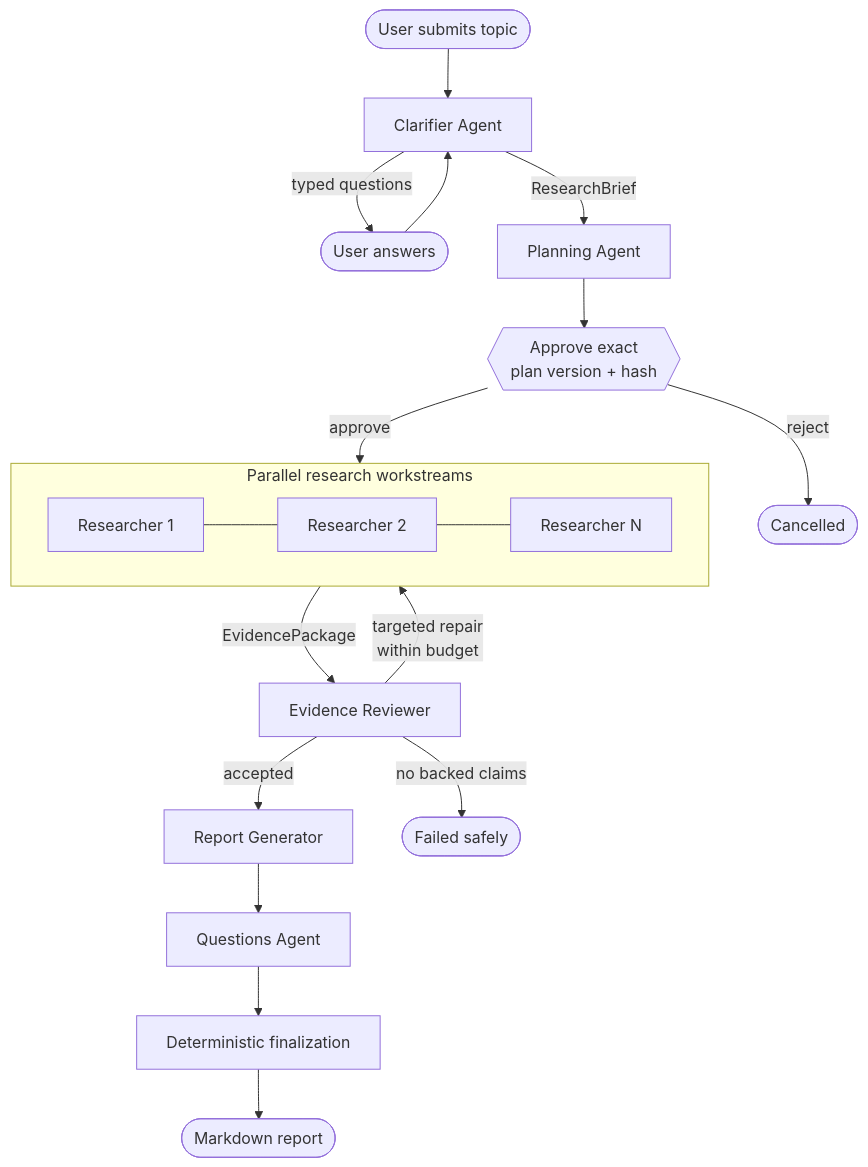
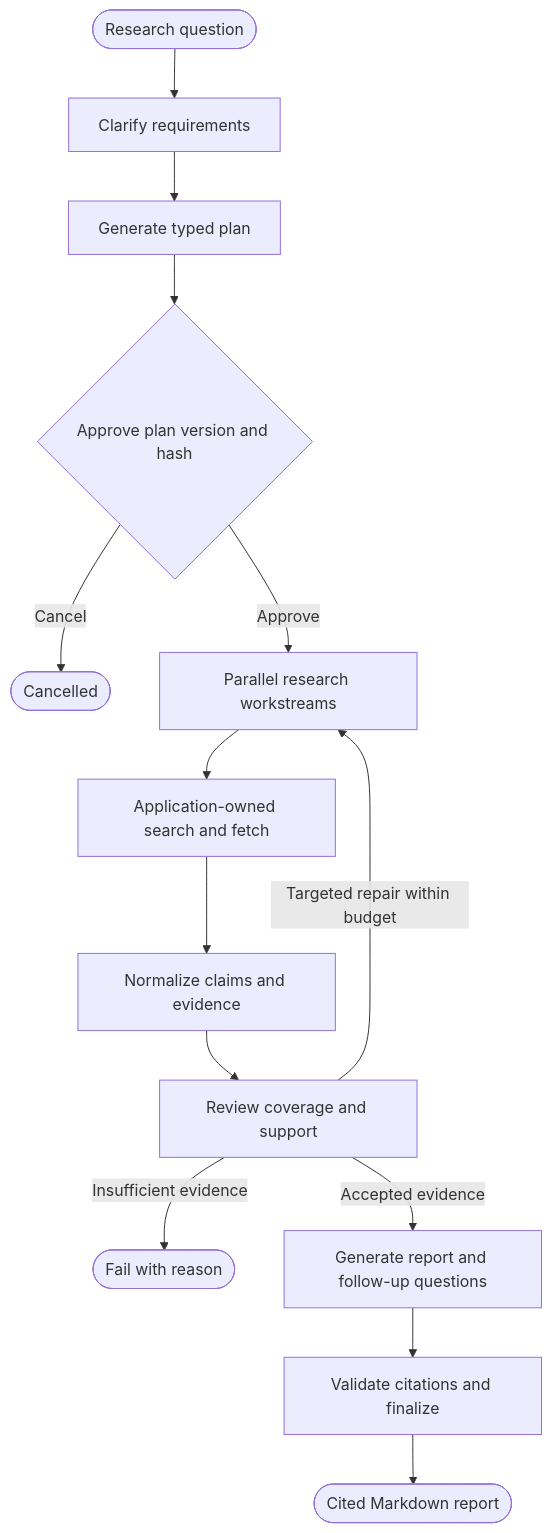
One commit to pushyanthd/deep-research changed the diagram in README.md. Above: the diagram before and after it, drawn with Mermaid. The commit also changed other lines of this file and 38 other files, not shown here.

````diff
--- a/README.md
+++ b/README.md
@@ -38,20 +63,16 @@
 ```mermaid
 flowchart TD
-    U([User submits topic]) --> C[Clarifier Agent]
-    C -->|typed questions| Q([User answers])
-    Q --> C
-    C -->|ResearchBrief| P[Planning Agent]
-    P --> A{{Approve exact<br/>plan version + hash}}
-    A -->|reject| X([Cancelled])
-    A -->|approve| R
-    subgraph R[Parallel research workstreams]
-        W1[Researcher 1] --- W2[Researcher 2] --- WN[Researcher N]
-    end
-    R -->|EvidencePackage| E[Evidence Reviewer]
-    E -->|targeted repair<br/>within budget| R
-    E -->|accepted| G[Report Generator]
-    E -->|no backed claims| F([Failed safely])
-    G --> N[Questions Agent]
-    N --> Z[Deterministic finalization]
-    Z --> D([Markdown report])
+    U([Research question]) --> C[Clarify requirements]
+    C --> P[Generate typed plan]
+    P --> A{Approve plan version and hash}
+    A -->|Cancel| X([Cancelled])
+    A -->|Approve| R[Parallel research workstreams]
+    R --> T[Application-owned search and fetch]
+    T --> E[Normalize claims and evidence]
+    E --> V[Review coverage and support]
+    V -->|Targeted repair within budget| R
+    V -->|Insufficient evidence| F([Fail with reason])
+    V -->|Accepted evidence| G[Generate report and follow-up questions]
+    G --> D[Validate citations and finalize]
+    D --> O([Cited Markdown report])
 ```
````
